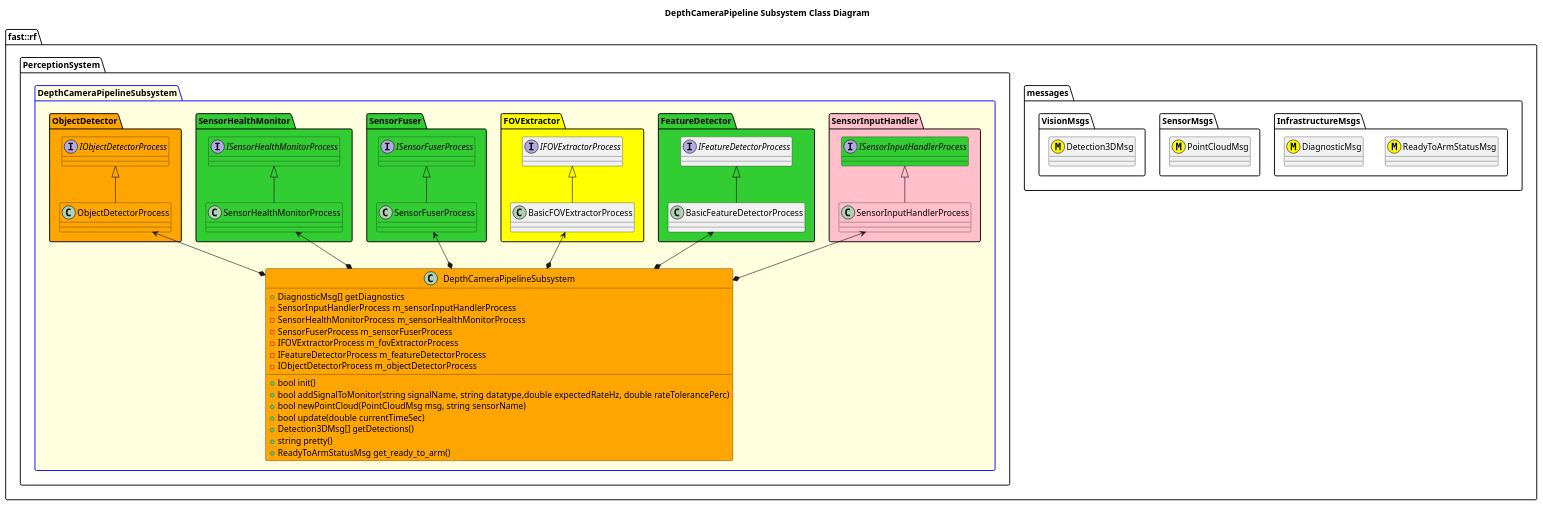
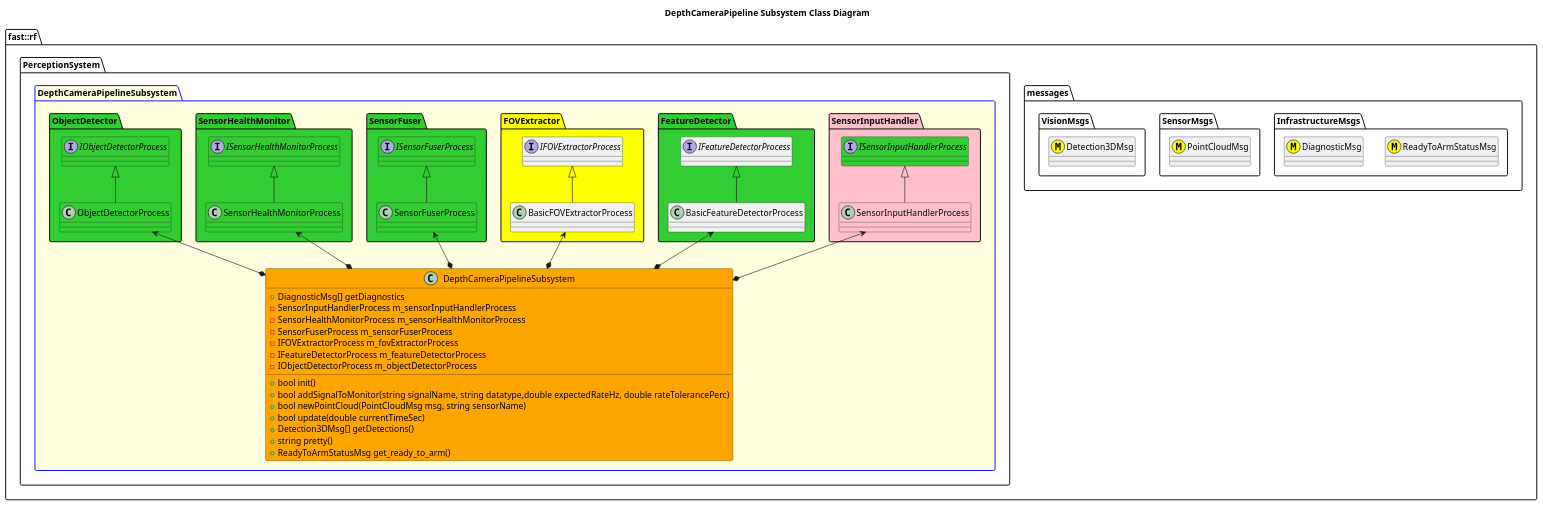
Before and after one commit to fastrobotics/robot_framework: the diagram in Systems/Perception/Subsystems/DepthCameraPipeline/doc/puml/DepthCameraPipelineSubsystemClassDiagram.puml, drawn with PlantUML. The commit also changed 3 other files, not shown here.

```diff
--- a/Systems/Perception/Subsystems/DepthCameraPipeline/doc/puml/DepthCameraPipelineSubsystemClassDiagram.puml
+++ b/Systems/Perception/Subsystems/DepthCameraPipeline/doc/puml/DepthCameraPipelineSubsystemClassDiagram.puml
@@ -2,76 +2,76 @@
 @startuml
 title DepthCameraPipeline Subsystem Class Diagram
 namespace fast::rf {
   namespace messages {
     namespace InfrastructureMsgs {
         class ReadyToArmStatusMsg <<(M,#FFFF00)>>
         class DiagnosticMsg <<(M,#FFFF00)>>
     }
     namespace SensorMsgs {
         class PointCloudMsg <<(M,#FFFF00)>>
     }
     namespace VisionMsgs {
         class Detection3DMsg <<(M,#FFFF00)>>
     }
   }
   namespace PerceptionSystem {
     package DepthCameraPipelineSubsystem #LightYellow;line:blue {
         
         namespace SensorInputHandler #Pink {
             interface ISensorInputHandlerProcess #LimeGreen
             class SensorInputHandlerProcess #Pink
             SensorInputHandlerProcess -up-|> ISensorInputHandlerProcess
         }
         namespace FeatureDetector #LimeGreen {
             interface IFeatureDetectorProcess
             class BasicFeatureDetectorProcess
             BasicFeatureDetectorProcess -up-|> IFeatureDetectorProcess
         }
         namespace FOVExtractor #Yellow {
             interface IFOVExtractorProcess
             class BasicFOVExtractorProcess
             BasicFOVExtractorProcess -up-|> IFOVExtractorProcess
         }
         namespace SensorFuser #LimeGreen {
             interface ISensorFuserProcess #LimeGreen
             class SensorFuserProcess #LimeGreen
             SensorFuserProcess -up-|> ISensorFuserProcess
         }
         namespace SensorHealthMonitor #LimeGreen {
             interface ISensorHealthMonitorProcess #LimeGreen
             class SensorHealthMonitorProcess #LimeGreen
             SensorHealthMonitorProcess -up-|> ISensorHealthMonitorProcess
 
         }
-        namespace ObjectDetector #Orange {
-            interface IObjectDetectorProcess #Orange
-            class ObjectDetectorProcess #Orange
+        namespace ObjectDetector #LimeGreen {
+            interface IObjectDetectorProcess #LimeGreen
+            class ObjectDetectorProcess #LimeGreen
             ObjectDetectorProcess -up-|> IObjectDetectorProcess
         }
         class DepthCameraPipelineSubsystem #Orange {
             +bool init()
             +bool addSignalToMonitor(string signalName, string datatype,double expectedRateHz, double rateTolerancePerc)
             +bool newPointCloud(PointCloudMsg msg, string sensorName)
             +bool update(double currentTimeSec)
             +Detection3DMsg[] getDetections()
             +string pretty()
             +ReadyToArmStatusMsg get_ready_to_arm()
             +DiagnosticMsg[] getDiagnostics
             -SensorInputHandlerProcess m_sensorInputHandlerProcess
             -SensorHealthMonitorProcess m_sensorHealthMonitorProcess
             -SensorFuserProcess m_sensorFuserProcess
             -IFOVExtractorProcess m_fovExtractorProcess
             -IFeatureDetectorProcess m_featureDetectorProcess
             -IObjectDetectorProcess m_objectDetectorProcess
 
         }
         DepthCameraPipelineSubsystem *-up-> SensorInputHandlerProcess
         DepthCameraPipelineSubsystem *-up-> SensorHealthMonitorProcess
         DepthCameraPipelineSubsystem *-up-> SensorFuserProcess
         DepthCameraPipelineSubsystem *-up-> BasicFOVExtractorProcess
         DepthCameraPipelineSubsystem *-up-> BasicFeatureDetectorProcess
         DepthCameraPipelineSubsystem *-up-> ObjectDetectorProcess
     }
   }
 }
 @enduml
```
